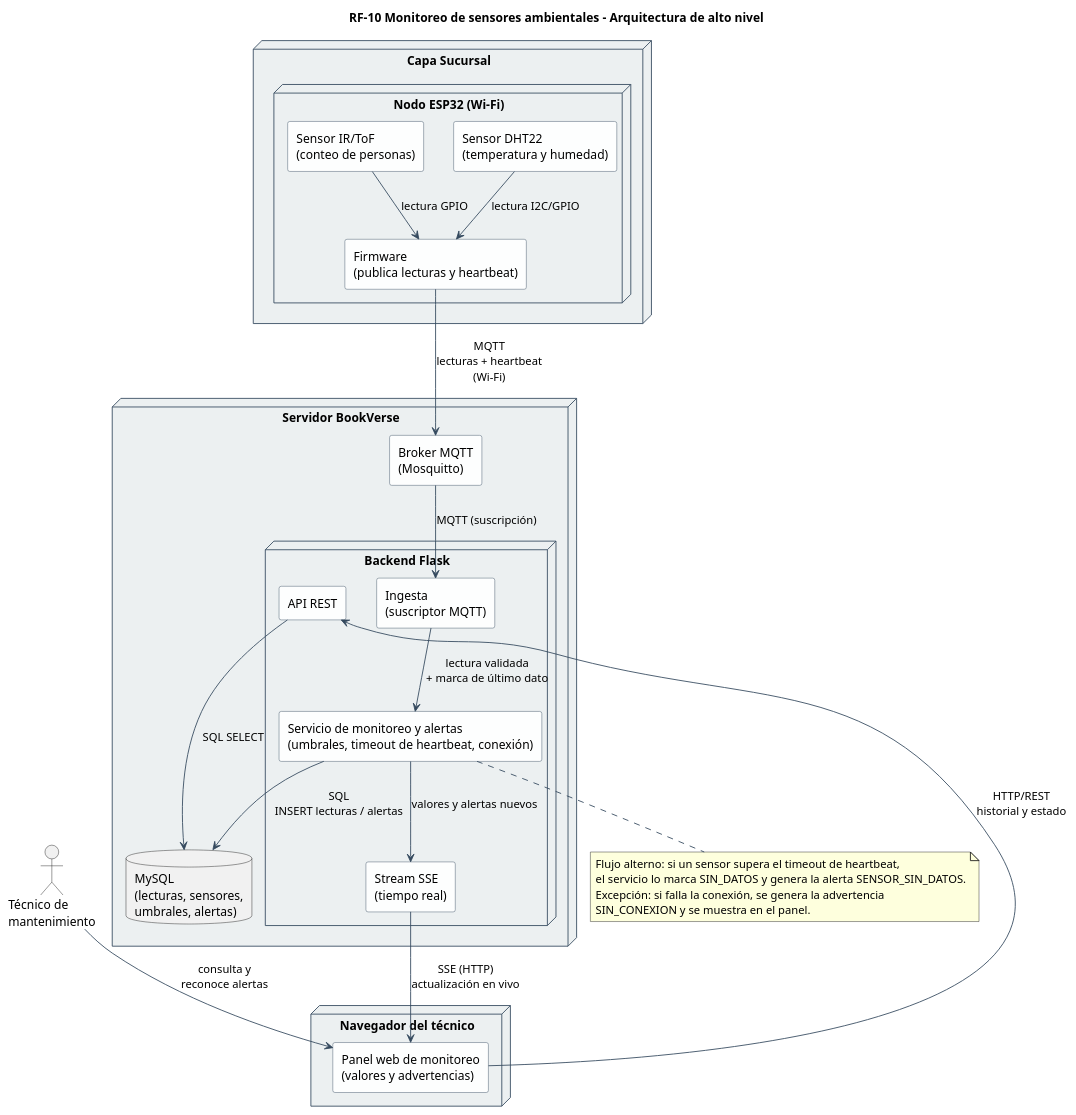
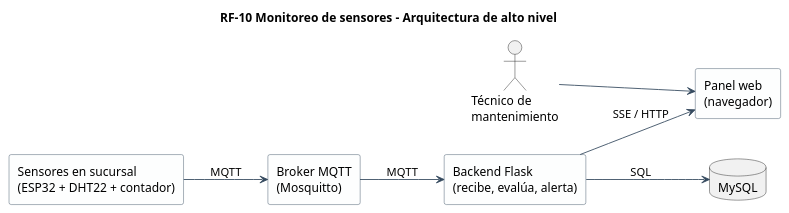
Before and after one commit to Reas0nt/BookVerse: the diagram in etapa3/semana12-avance1/diagramas/arquitectura_rf10.puml, drawn with PlantUML. The commit also changed 6 other files, not shown here.

Commit message:
refactor(etapa3): simplify RF-10 UML and architecture diagrams

```diff
--- a/etapa3/semana12-avance1/diagramas/arquitectura_rf10.puml
+++ b/etapa3/semana12-avance1/diagramas/arquitectura_rf10.puml
@@ -1,59 +1,27 @@
 @startuml arquitectura_rf10
-title RF-10 Monitoreo de sensores ambientales - Arquitectura de alto nivel
+title RF-10 Monitoreo de sensores - Arquitectura de alto nivel
+left to right direction
 skinparam shadowing false
 skinparam componentStyle rectangle
 skinparam defaultFontName Arial
 skinparam ArrowColor #34495E
-skinparam node {
-  BackgroundColor #ECF0F1
-  BorderColor #34495E
-}
-skinparam component {
+skinparam rectangle {
   BackgroundColor #FDFEFE
   BorderColor #34495E
 }
 
 actor "Técnico de\nmantenimiento" as Tecnico
 
-node "Capa Sucursal" as Sucursal {
-  node "Nodo ESP32 (Wi-Fi)" as ESP {
-    component "Sensor DHT22\n(temperatura y humedad)" as DHT
-    component "Sensor IR/ToF\n(conteo de personas)" as IR
-    component "Firmware\n(publica lecturas y heartbeat)" as FW
-  }
-}
+rectangle "Sensores en sucursal\n(ESP32 + DHT22 + contador)" as Sensores
+rectangle "Broker MQTT\n(Mosquitto)" as Broker
+rectangle "Backend Flask\n(recibe, evalúa, alerta)" as Backend
+database "MySQL" as DB
+rectangle "Panel web\n(navegador)" as Panel
 
-node "Servidor BookVerse" as Server {
-  component "Broker MQTT\n(Mosquitto)" as Broker
-  node "Backend Flask" as Backend {
-    component "Ingesta\n(suscriptor MQTT)" as Ingesta
-    component "Servicio de monitoreo y alertas\n(umbrales, timeout de heartbeat, conexión)" as Monitor
-    component "API REST" as API
-    component "Stream SSE\n(tiempo real)" as SSE
-  }
-  database "MySQL\n(lecturas, sensores,\numbrales, alertas)" as DB
-}
+Sensores --> Broker : MQTT
+Broker --> Backend : MQTT
+Backend --> DB : SQL
+Backend --> Panel : SSE / HTTP
+Tecnico --> Panel
 
-node "Navegador del técnico" as Browser {
-  component "Panel web de monitoreo\n(valores y advertencias)" as Panel
-}
-
-DHT --> FW : lectura I2C/GPIO
-IR --> FW : lectura GPIO
-FW --> Broker : MQTT\nlecturas + heartbeat\n(Wi-Fi)
-Broker --> Ingesta : MQTT (suscripción)
-Ingesta --> Monitor : lectura validada\n+ marca de último dato
-Monitor --> DB : SQL\nINSERT lecturas / alertas
-API --> DB : SQL SELECT
-Monitor --> SSE : valores y alertas nuevos
-SSE --> Panel : SSE (HTTP)\nactualización en vivo
-Panel --> API : HTTP/REST\nhistorial y estado
-Tecnico --> Panel : consulta y\nreconoce alertas
-
-note bottom of Monitor
-  Flujo alterno: si un sensor supera el timeout de heartbeat,
-  el servicio lo marca SIN_DATOS y genera la alerta SENSOR_SIN_DATOS.
-  Excepción: si falla la conexión, se genera la advertencia
-  SIN_CONEXION y se muestra en el panel.
-end note
 @enduml
```
